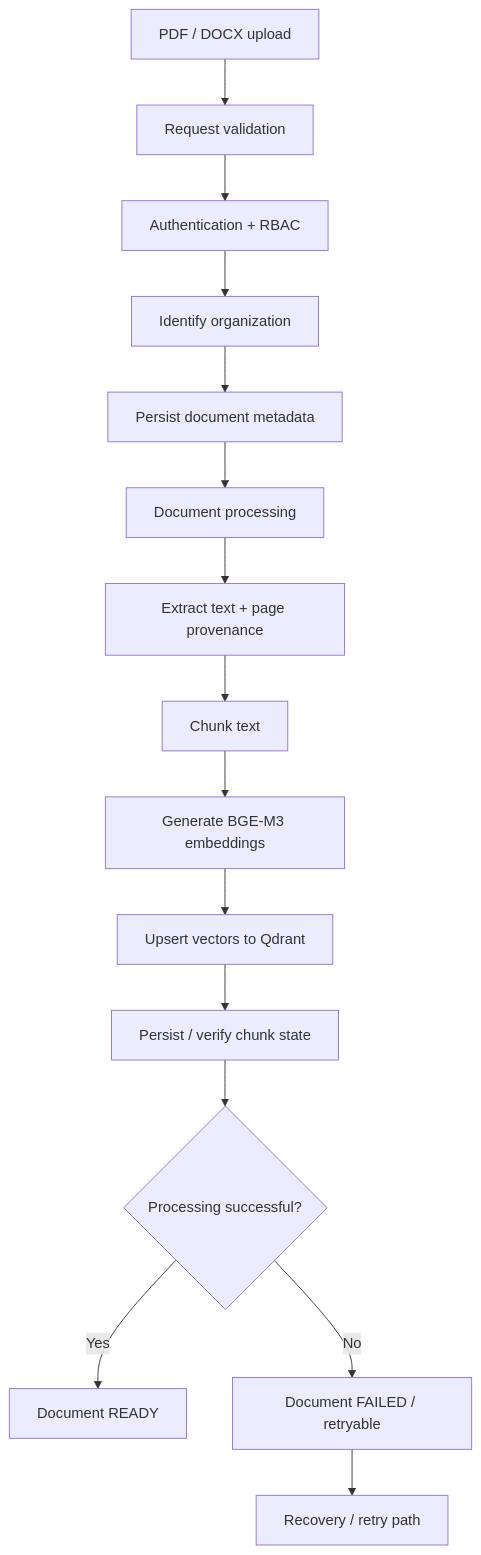
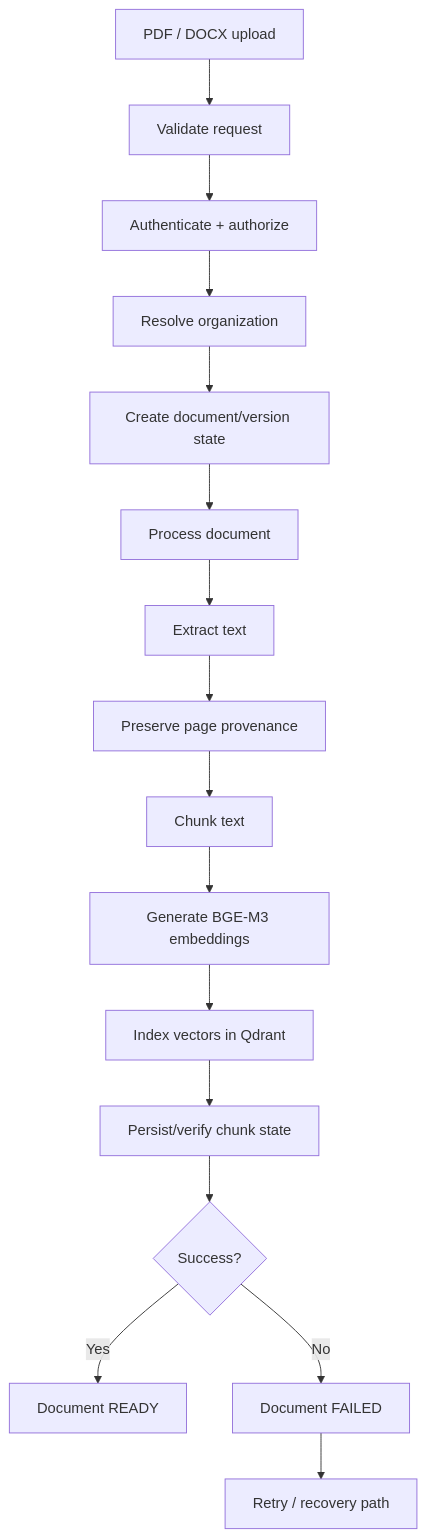
One commit to Sujeet-Kona/NEXORA changed the third of 8 diagrams in README.md. Above: the diagram before and after it, drawn with Mermaid. The commit also changed other lines of this file, not shown here.

````diff
--- a/README.md
+++ b/README.md
@@ -105,17 +140,18 @@
 ```mermaid
 flowchart TD
-    A[PDF / DOCX upload] --> B[Request validation]
-    B --> C[Authentication + RBAC]
-    C --> D[Identify organization]
-    D --> E[Persist document metadata]
-    E --> F[Document processing]
-    F --> G[Extract text + page provenance]
-    G --> H[Chunk text]
-    H --> I[Generate BGE-M3 embeddings]
-    I --> J[Upsert vectors to Qdrant]
-    J --> K[Persist / verify chunk state]
-    K --> L{Processing successful?}
-    L -->|Yes| M[Document READY]
-    L -->|No| N[Document FAILED / retryable]
-    N --> O[Recovery / retry path]
+    A[PDF / DOCX upload] --> B[Validate request]
+    B --> C[Authenticate + authorize]
+    C --> D[Resolve organization]
+    D --> E[Create document/version state]
+    E --> F[Process document]
+    F --> G[Extract text]
+    G --> H[Preserve page provenance]
+    H --> I[Chunk text]
+    I --> J[Generate BGE-M3 embeddings]
+    J --> K[Index vectors in Qdrant]
+    K --> L[Persist/verify chunk state]
+    L --> M{Success?}
+    M -->|Yes| READY[Document READY]
+    M -->|No| FAILED[Document FAILED]
+    FAILED --> RETRY[Retry / recovery path]
 ```
````
